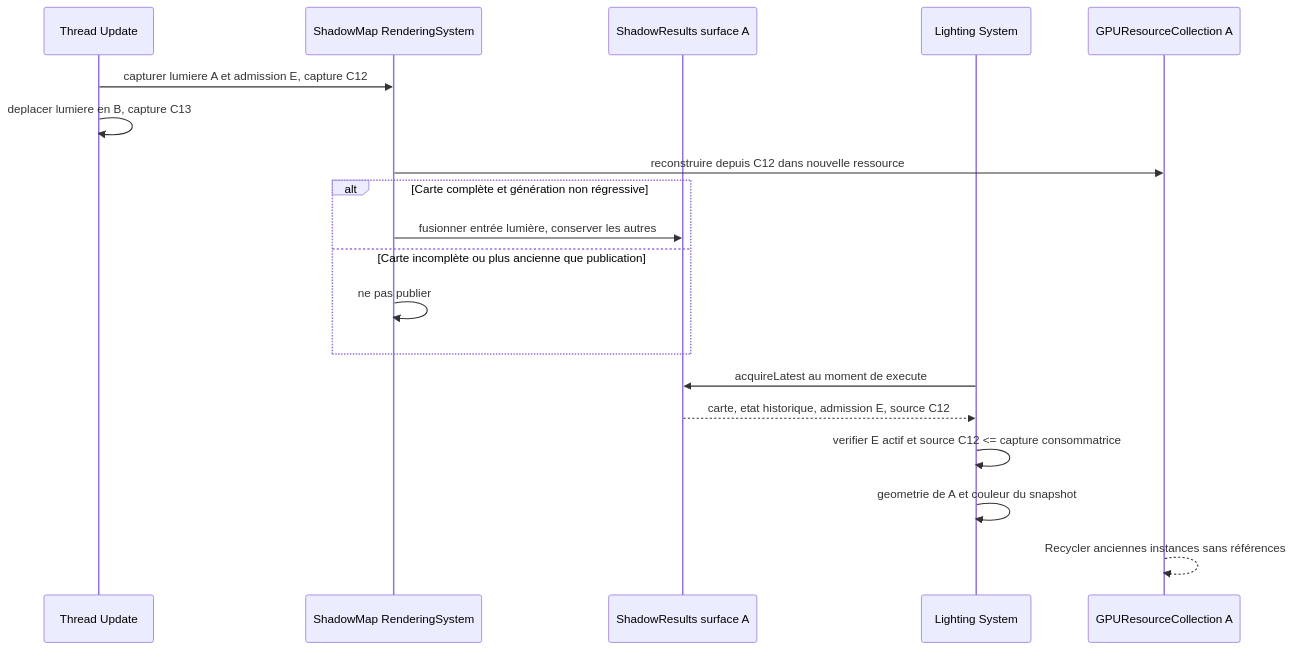
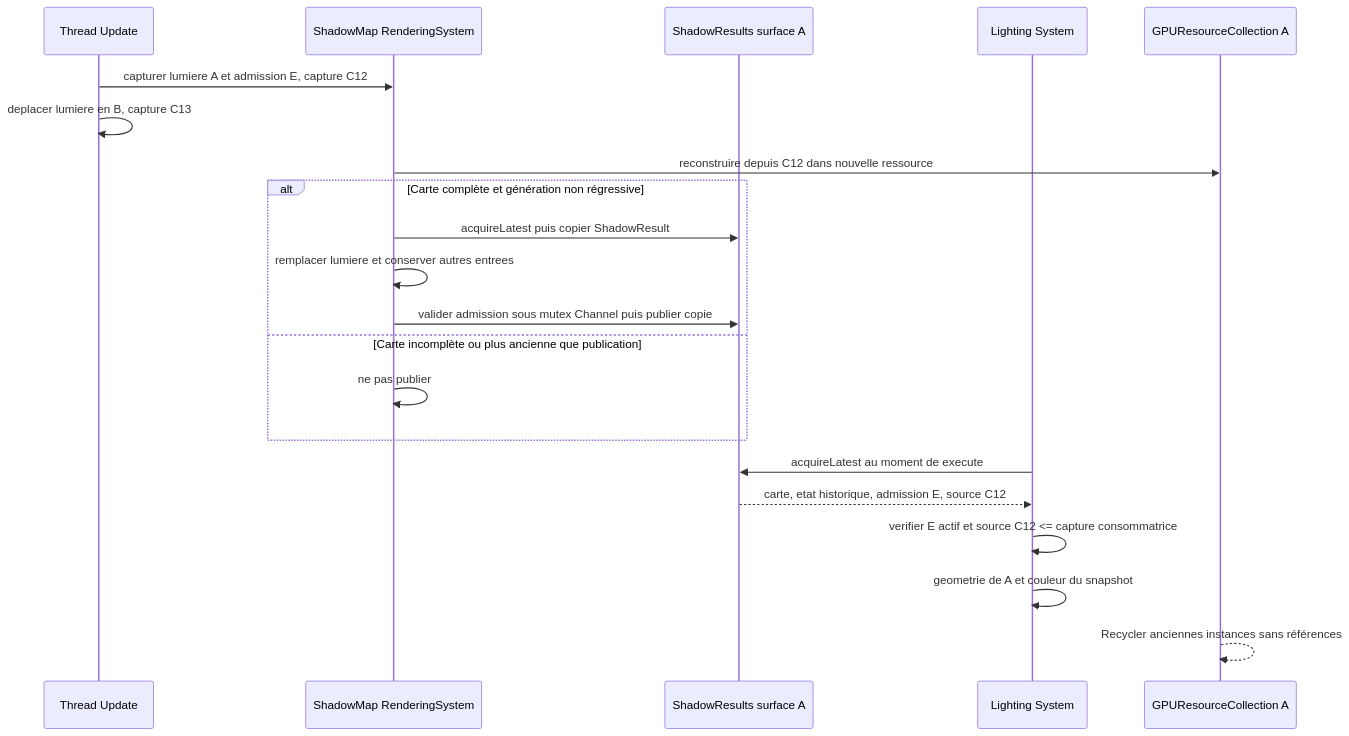
The fifth of 16 diagrams in docs/voxel-engine-v0.1.4/08-lumieres-et-ombres.md (EreliaStudio/Sparkle), drawn with Mermaid before and after one commit. The commit also changed other lines of this file and 5 other files, not shown here.

Commit message:
docs(v0.1.4): use single-producer shadow result publication per surface

````diff
--- a/docs/voxel-engine-v0.1.4/08-lumieres-et-ombres.md
+++ b/docs/voxel-engine-v0.1.4/08-lumieres-et-ombres.md
@@ -182,21 +209,23 @@
 ```mermaid
 sequenceDiagram
   participant U as Thread Update
   participant SH as ShadowMap RenderingSystem
   participant R as ShadowResults surface A
   participant LI as Lighting System
   participant GPU as GPUResourceCollection A
   U->>SH: capturer lumiere A et admission E, capture C12
   U->>U: deplacer lumiere en B, capture C13
   SH->>GPU: reconstruire depuis C12 dans nouvelle ressource
   alt Carte complète et génération non régressive
-    SH->>R: fusionner entrée lumière, conserver les autres
+    SH->>R: acquireLatest puis copier ShadowResult
+    SH->>SH: remplacer lumiere et conserver autres entrees
+    SH->>R: valider admission sous mutex Channel puis publier copie
   else Carte incomplète ou plus ancienne que publication
     SH->>SH: ne pas publier
   end
   LI->>R: acquireLatest au moment de execute
   R-->>LI: carte, etat historique, admission E, source C12
   LI->>LI: verifier E actif et source C12 <= capture consommatrice
   LI->>LI: geometrie de A et couleur du snapshot
   GPU-->>GPU: Recycler anciennes instances sans références
 ```
````
